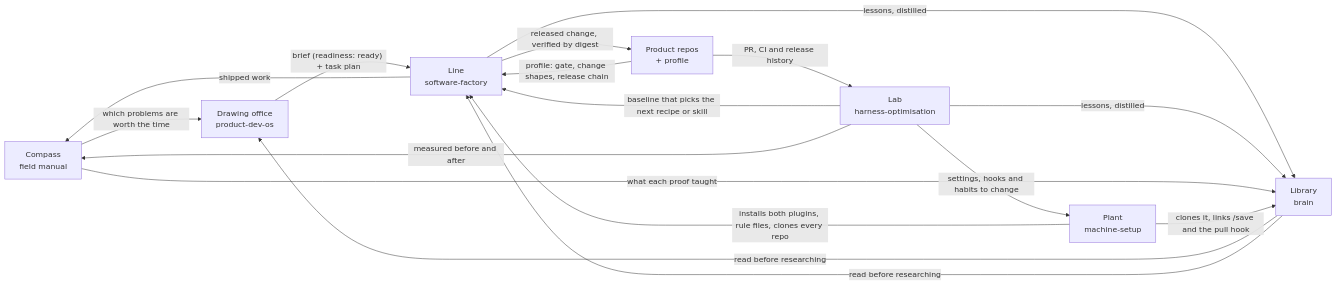
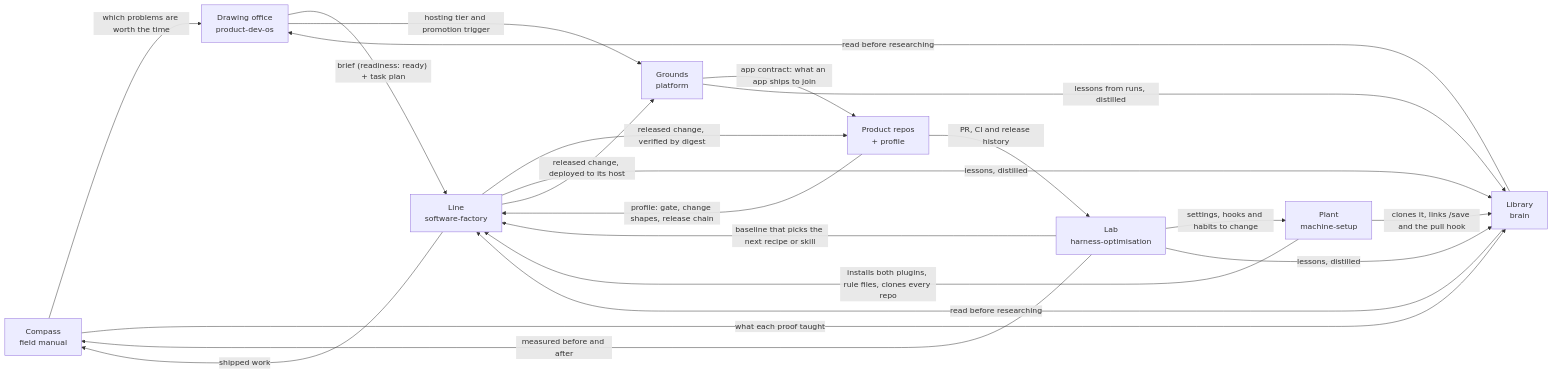
Before and after one commit to vladamon/software-factory: the diagram in docs/system.md, drawn with Mermaid. The commit also changed other lines of this file and 1 other file, not shown here.

First line of the commit message:
docs(system): add platform as the seventh department, the grounds

````diff
--- a/docs/system.md
+++ b/docs/system.md
@@ -31,27 +36,32 @@
 ```mermaid
 flowchart LR
   compass[Compass<br/>field manual]
   office[Drawing office<br/>product-dev-os]
   line[Line<br/>software-factory]
   product[Product repos<br/>+ profile]
   lab[Lab<br/>harness-optimisation]
   plant[Plant<br/>machine-setup]
   library[Library<br/>brain]
+  grounds[Grounds<br/>platform]
 
   compass -- which problems are worth the time --> office
   office -- "brief (readiness: ready) + task plan" --> line
   line -- released change, verified by digest --> product
   product -- profile: gate, change shapes, release chain --> line
   product -- PR, CI and release history --> lab
   lab -- baseline that picks the next recipe or skill --> line
   lab -- settings, hooks and habits to change --> plant
   plant -- installs both plugins, rule files, clones every repo --> line
   line -- shipped work --> compass
   lab -- measured before and after --> compass
   line -- lessons, distilled --> library
   lab -- lessons, distilled --> library
   compass -- what each proof taught --> library
   library -- read before researching --> office
   library -- read before researching --> line
   plant -- clones it, links /save and the pull hook --> library
+  office -- hosting tier and promotion trigger --> grounds
+  grounds -- app contract: what an app ships to join --> product
+  line -- released change, deployed to its host --> grounds
+  grounds -- lessons from runs, distilled --> library
 ```
````
